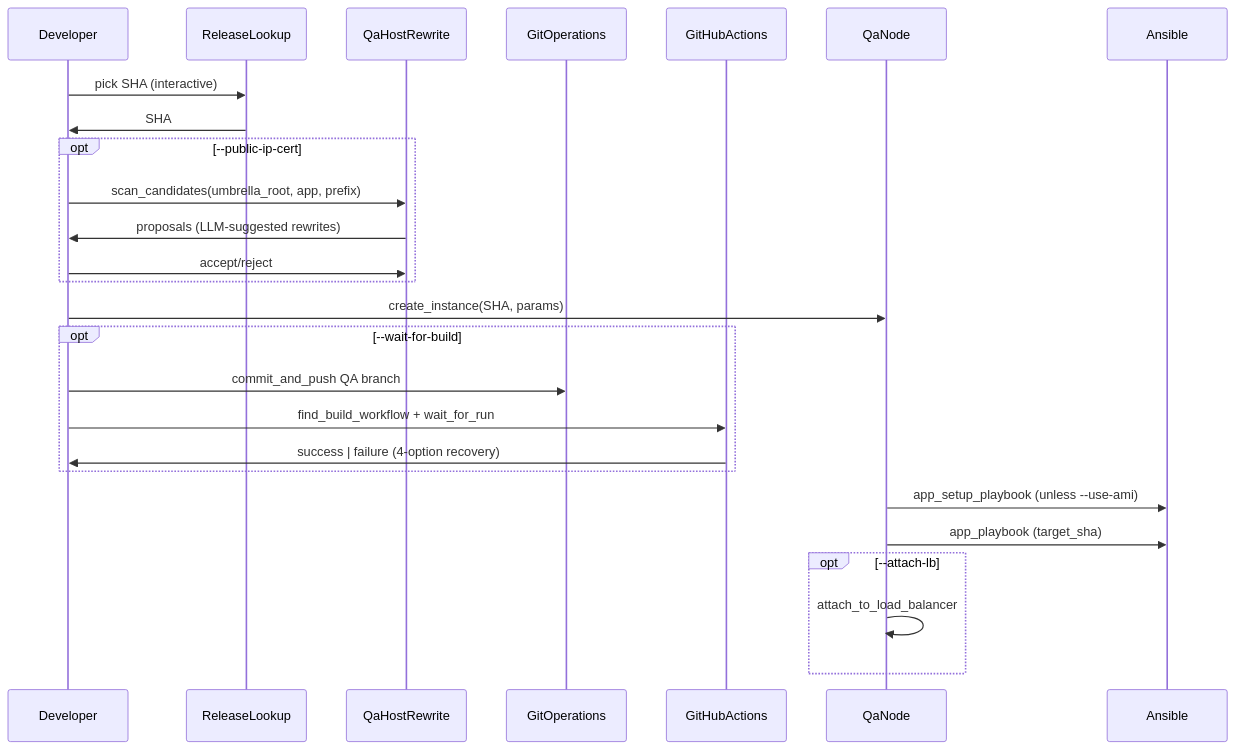
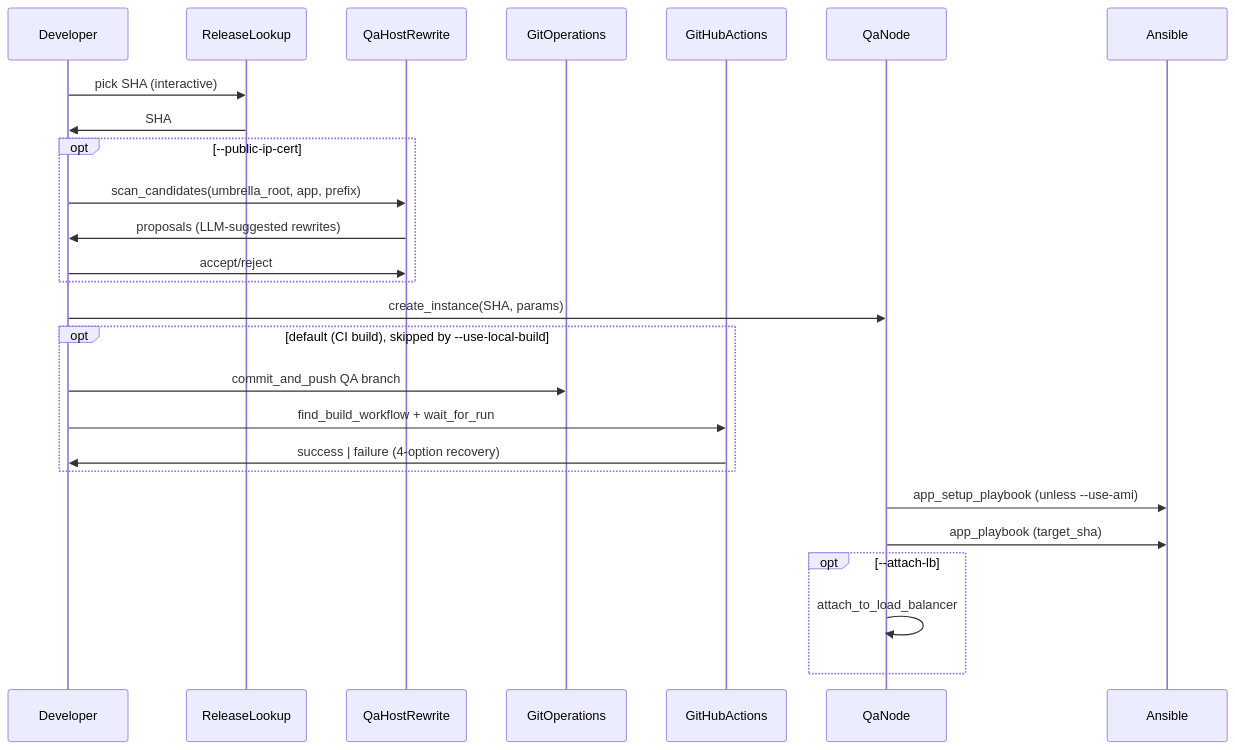
Before and after one commit to MikaAK/deploy_ex: the sixth of 8 diagrams in guides/explanation/architecture.md, drawn with Mermaid. The commit also changed other lines of this file and 16 other files, not shown here.

````diff
--- a/guides/explanation/architecture.md
+++ b/guides/explanation/architecture.md
@@ -193,29 +193,29 @@
 ```mermaid
 sequenceDiagram
     participant Dev as Developer
     participant Lookup as ReleaseLookup
     participant Rewrite as QaHostRewrite
     participant Git as GitOperations
     participant GHA as GitHubActions
     participant Node as QaNode
     participant Ansible as Ansible
 
     Dev->>Lookup: pick SHA (interactive)
     Lookup->>Dev: SHA
     opt --public-ip-cert
         Dev->>Rewrite: scan_candidates(umbrella_root, app, prefix)
         Rewrite->>Dev: proposals (LLM-suggested rewrites)
         Dev->>Rewrite: accept/reject
     end
     Dev->>Node: create_instance(SHA, params)
-    opt --wait-for-build
+    opt default (CI build), skipped by --use-local-build
         Dev->>Git: commit_and_push QA branch
         Dev->>GHA: find_build_workflow + wait_for_run
         GHA->>Dev: success | failure (4-option recovery)
     end
     Node->>Ansible: app_setup_playbook (unless --use-ami)
     Node->>Ansible: app_playbook (target_sha)
     opt --attach-lb
         Node->>Node: attach_to_load_balancer
     end
 ```
````
